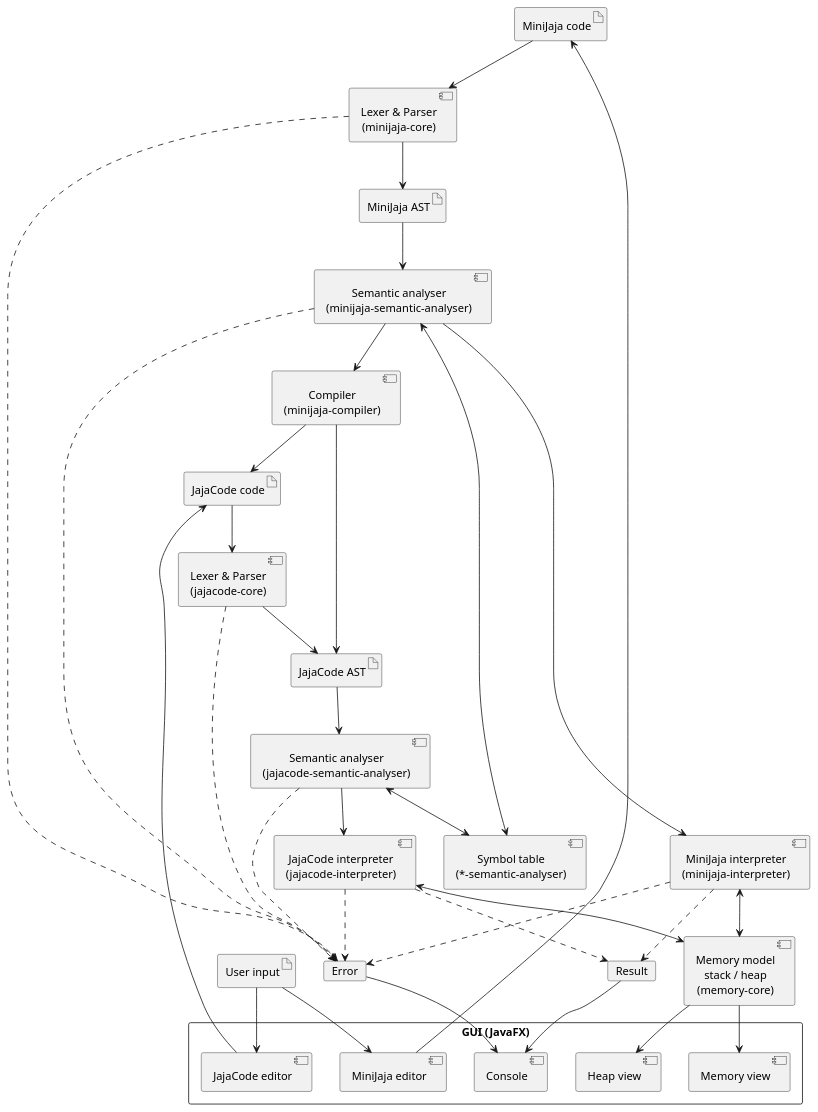
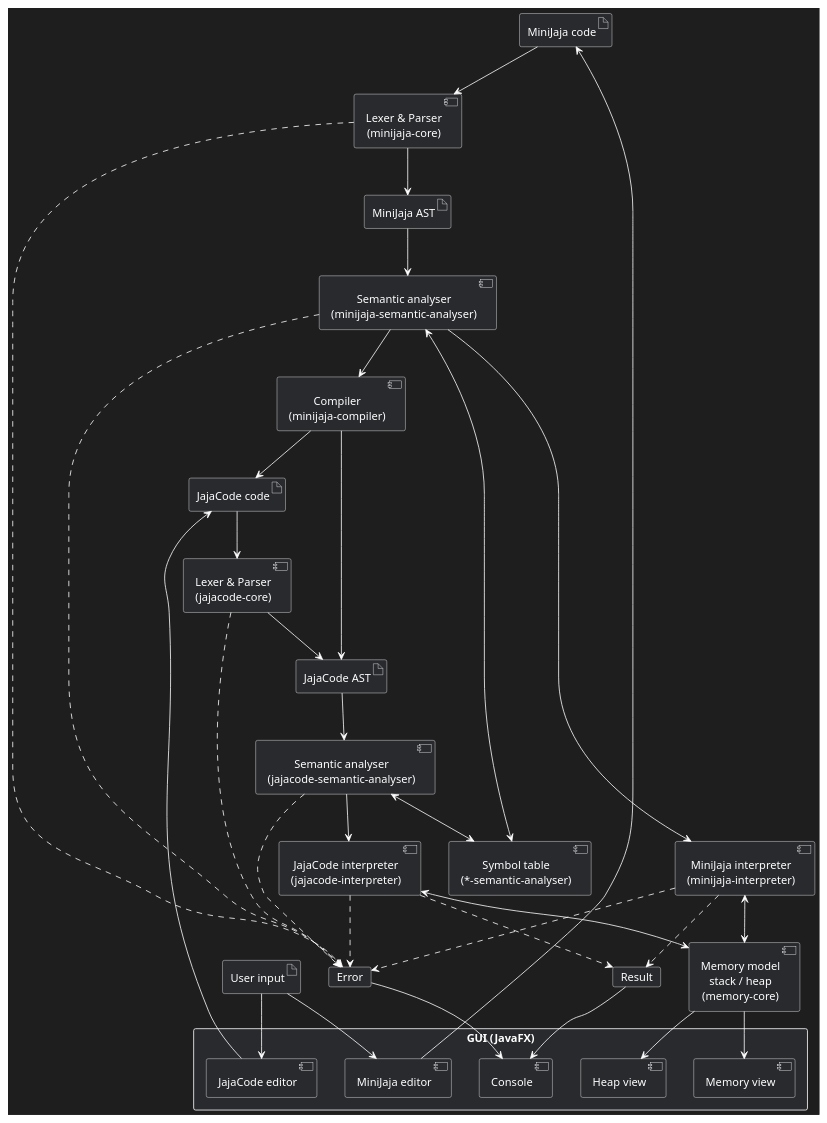
Before and after one commit to massylamarni/minijaja-compiler: the diagram in docs/images/architecture.wsd, drawn with PlantUML. The commit also changed 2 other files, not shown here.

```diff
--- a/docs/images/architecture.wsd
+++ b/docs/images/architecture.wsd
@@ -1,65 +1,82 @@
 @startuml
 skinparam defaultTextAlignment center
+skinparam backgroundColor transparent
+<style>
+root {
+  BackgroundColor #1E1E1E
+  FontColor #White
+}
+arrow {
+  LineColor #White
+  FontColor #White
+}
+rectangle, component, artifact, card {
+  BackgroundColor #282A2E
+  LineColor #White
+  FontColor #White
+}
+}
+</style>
 
 rectangle "GUI (JavaFX)" as gui {
   component "MiniJaja editor" as mje
   component "JajaCode editor" as jce
   component "Console" as console
   component "Memory view" as mv
   component "Heap view" as hv
 }
 
 artifact "User input" as usrin
 artifact "MiniJaja code" as mjc
 artifact "MiniJaja AST" as mjast
 artifact "JajaCode code" as jcc
 artifact "JajaCode AST" as jcast
 component "Lexer & Parser\n(minijaja-core)" as mjlp
 component "Lexer & Parser\n(jajacode-core)" as jclp
 component "Semantic analyser\n(minijaja-semantic-analyser)" as mjs
 component "Semantic analyser\n(jajacode-semantic-analyser)" as jcs
 component "MiniJaja interpreter\n(minijaja-interpreter)" as mji
 component "JajaCode interpreter\n(jajacode-interpreter)" as jci
 component "Compiler\n(minijaja-compiler)" as comp
 component "Memory model\nstack / heap\n(memory-core)" as mem
 component "Symbol table\n(*-semantic-analyser)" as st
 card "Result" as result
 card "Error" as error
 
 error --> console
 result --> console
 mem --> mv
 mem --> hv
 
 usrin --> mje
 usrin --> jce
 mje --> mjc
 jce --> jcc
 
 mjc --> mjlp
 mjlp --> mjast
 
 mjast --> mjs
 mjs --> mji
 mjs --> comp
 comp --> jcc
 comp --> jcast
 jcc --> jclp
 jclp --> jcast
 jcast --> jcs
 jcs --> jci
 
 mjs <--> st
 jcs <--> st
 mji <--> mem
 jci <--> mem
 mji ..> result
 jci ..> result
 
 mjlp ..> error
 jclp ..> error
 mjs ..> error
 jcs ..> error
 mji ..> error
 jci ..> error
 @enduml
```
